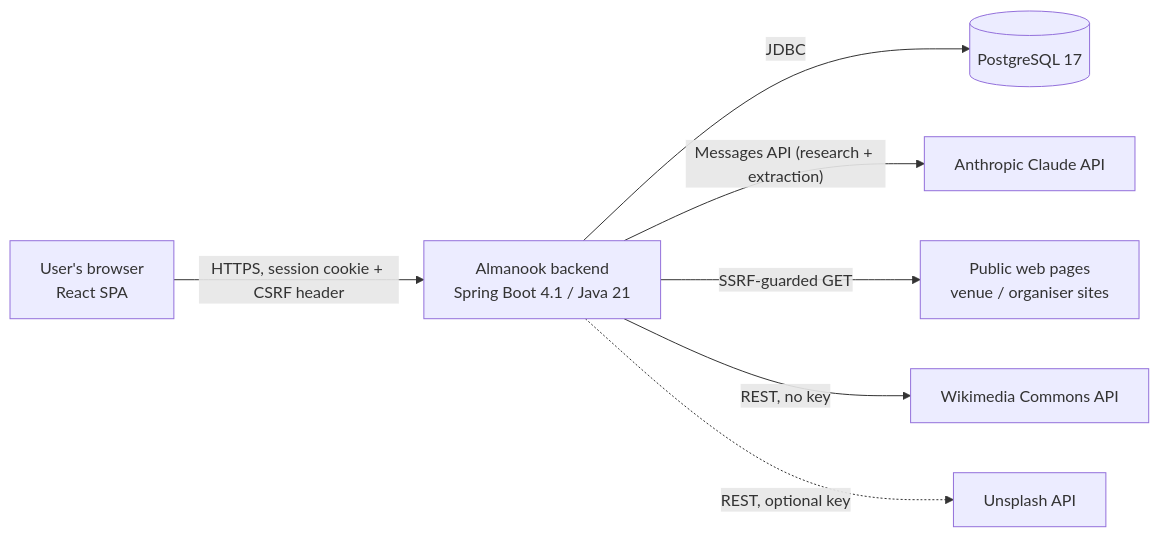
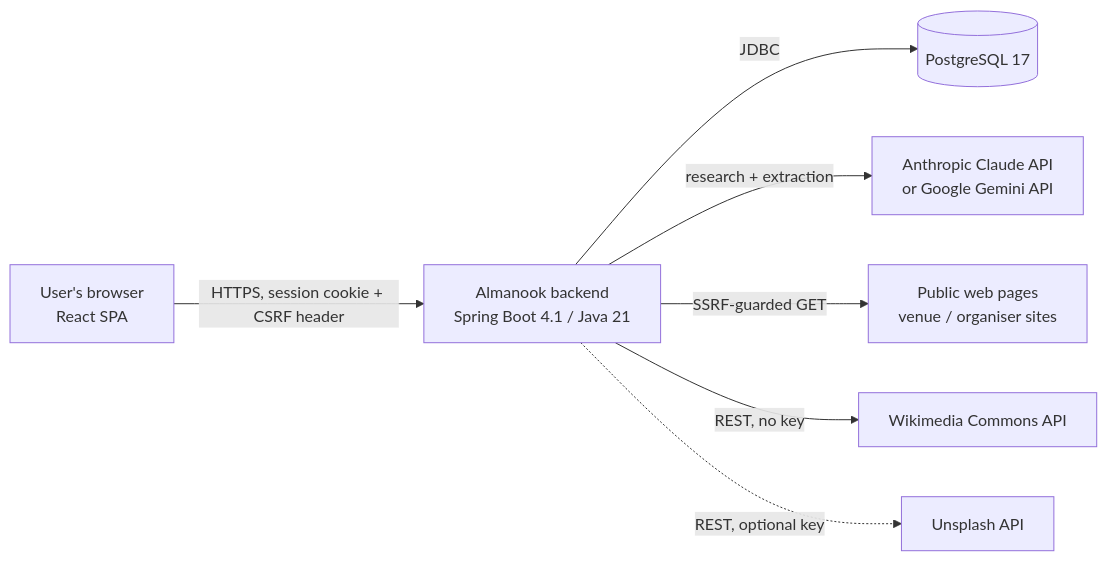
The first of 3 diagrams in docs/architecture.md (anniigr/almanook), drawn with Mermaid before and after one commit. The commit also changed other lines of this file and 21 other files, not shown here.

First line of the commit message:
feat(enrichment): add Google Gemini as a second AI provider

````diff
--- a/docs/architecture.md
+++ b/docs/architecture.md
@@ -10,9 +10,9 @@
 ```mermaid
 flowchart LR
     U[User's browser<br/>React SPA] -- "HTTPS, session cookie + CSRF header" --> B[Almanook backend<br/>Spring Boot 4.1 / Java 21]
     B -- JDBC --> DB[(PostgreSQL 17)]
-    B -- "Messages API (research + extraction)" --> AI[Anthropic Claude API]
+    B -- "research + extraction" --> AI[Anthropic Claude API<br/>or Google Gemini API]
     B -- "SSRF-guarded GET" --> W[Public web pages<br/>venue / organiser sites]
     B -- "REST, no key" --> WC[Wikimedia Commons API]
     B -. "REST, optional key" .-> UN[Unsplash API]
 ```
````
